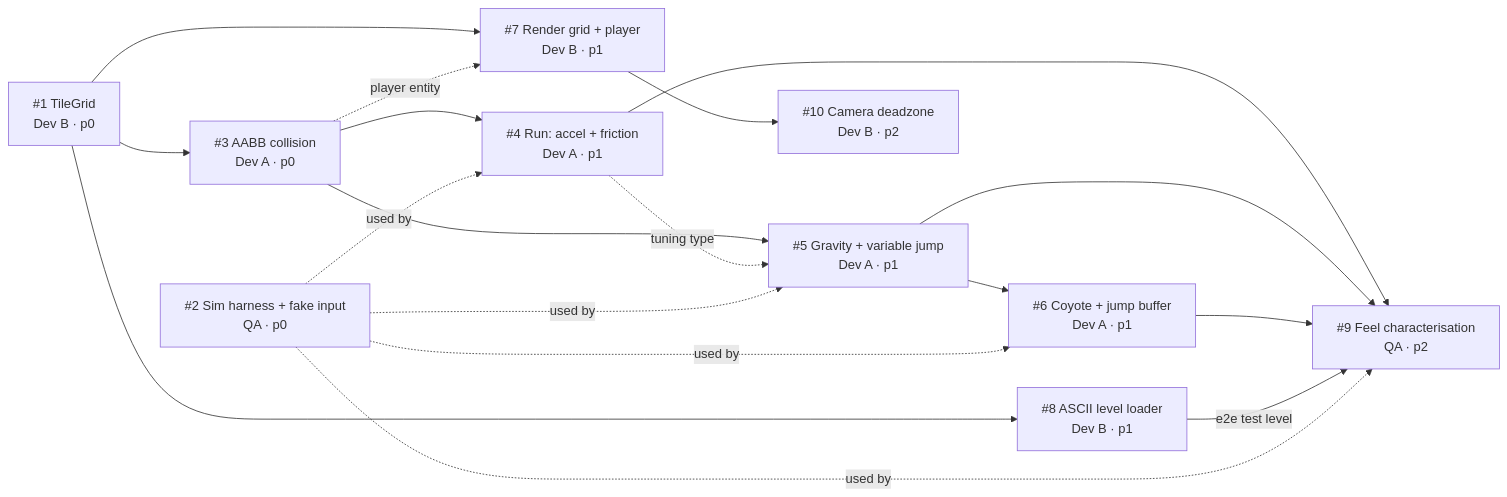
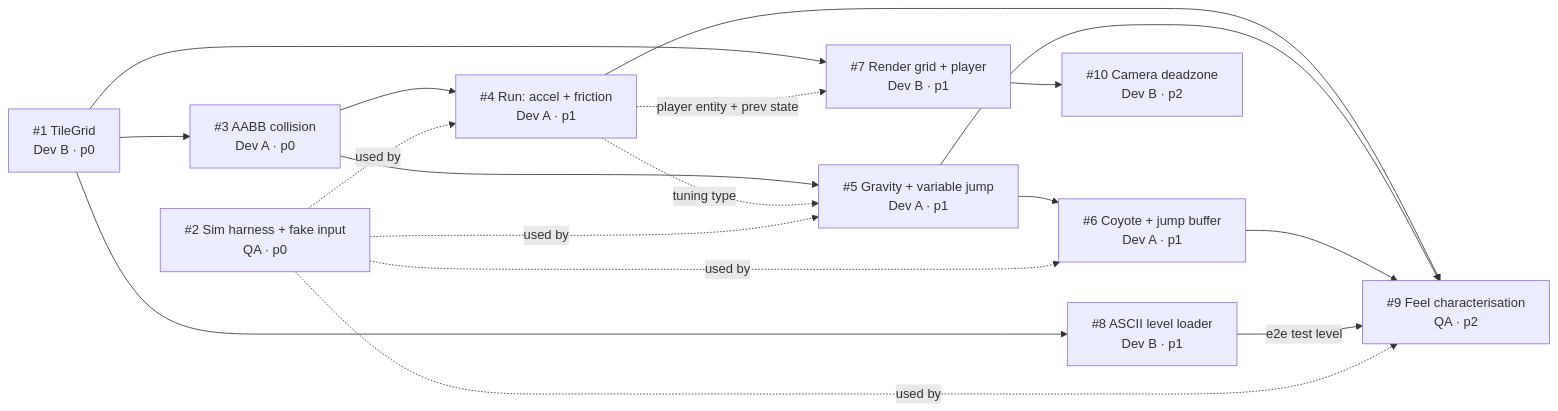
One commit to callmepri2003/platformerGame changed the diagram in docs/sprints/sprint-01.md. Above: the diagram before and after it, drawn with Mermaid. The commit also changed other lines of this file, not shown here.

````diff
--- a/docs/sprints/sprint-01.md
+++ b/docs/sprints/sprint-01.md
@@ -20,20 +20,20 @@
 ```mermaid
 graph LR
   I1["#1 TileGrid<br/>Dev B · p0"] --> I3["#3 AABB collision<br/>Dev A · p0"]
   I1 --> I8["#8 ASCII level loader<br/>Dev B · p1"]
   I1 --> I7["#7 Render grid + player<br/>Dev B · p1"]
   I3 --> I4["#4 Run: accel + friction<br/>Dev A · p1"]
   I3 --> I5["#5 Gravity + variable jump<br/>Dev A · p1"]
-  I3 -.player entity.-> I7
+  I4 -.player entity + prev state.-> I7
   I4 -.tuning type.-> I5
   I5 --> I6["#6 Coyote + jump buffer<br/>Dev A · p1"]
   I7 --> I10["#10 Camera deadzone<br/>Dev B · p2"]
   I4 --> I9["#9 Feel characterisation<br/>QA · p2"]
   I5 --> I9
   I6 --> I9
   I8 --e2e test level--> I9
   I2["#2 Sim harness + fake input<br/>QA · p0"] -.used by.-> I4
   I2 -.used by.-> I5
   I2 -.used by.-> I6
   I2 -.used by.-> I9
 ```
````
